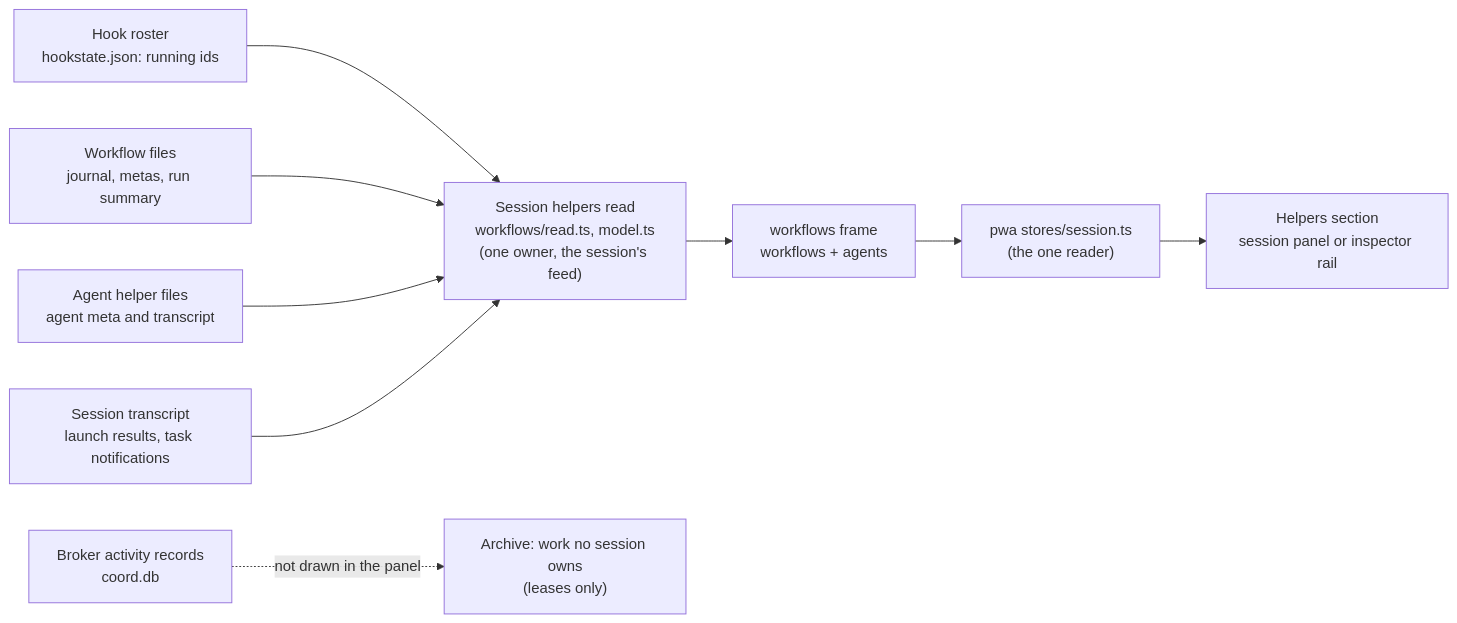
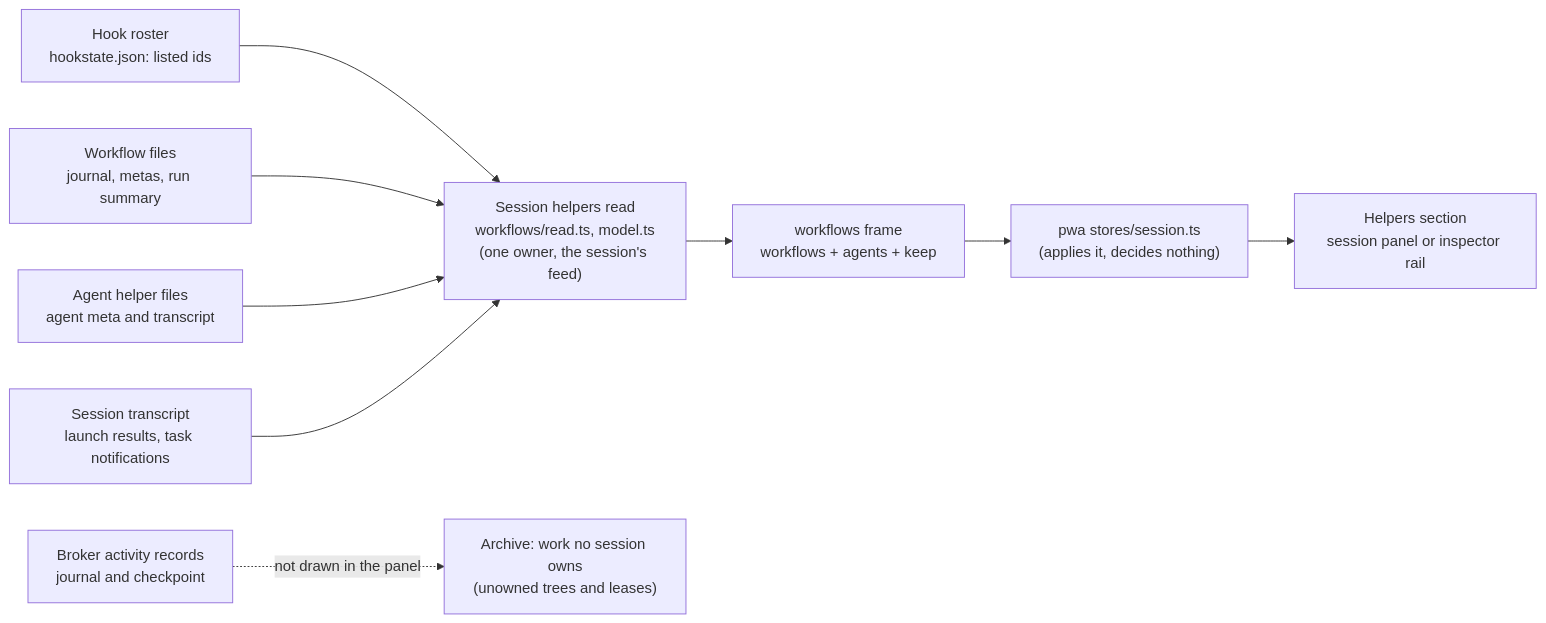
Before and after one commit to Synapsium-Labs/ccrc-pwa: the first of 4 diagrams in docs/superpowers/specs/2026-11-19-session-helpers-design.md, drawn with Mermaid. The commit also changed other lines of this file and 6 other files, not shown here.

First line of the commit message:
docs(spec): C49 fix round 1 — measured causes, the server's keep, the real unowned wire (review 2861)

````diff
--- a/docs/superpowers/specs/2026-11-19-session-helpers-design.md
+++ b/docs/superpowers/specs/2026-11-19-session-helpers-design.md
@@ -111,11 +130,11 @@
 ```mermaid
 flowchart LR
-  H["Hook roster<br/>hookstate.json: running ids"] --> R
+  H["Hook roster<br/>hookstate.json: listed ids"] --> R
   W["Workflow files<br/>journal, metas, run summary"] --> R
   A["Agent helper files<br/>agent meta and transcript"] --> R
   T["Session transcript<br/>launch results, task notifications"] --> R
-  R["Session helpers read<br/>workflows/read.ts, model.ts<br/>(one owner, the session's feed)"] --> F["workflows frame<br/>workflows + agents"]
-  F --> S["pwa stores/session.ts<br/>(the one reader)"]
+  R["Session helpers read<br/>workflows/read.ts, model.ts<br/>(one owner, the session's feed)"] --> F["workflows frame<br/>workflows + agents + keep"]
+  F --> S["pwa stores/session.ts<br/>(applies it, decides nothing)"]
   S --> P["Helpers section<br/>session panel or inspector rail"]
-  B["Broker activity records<br/>coord.db"] -.->|"not drawn in the panel"| X["Archive: work no session owns<br/>(leases only)"]
+  B["Broker activity records<br/>journal and checkpoint"] -.->|"not drawn in the panel"| X["Archive: work no session owns<br/>(unowned trees and leases)"]
 ```
````
